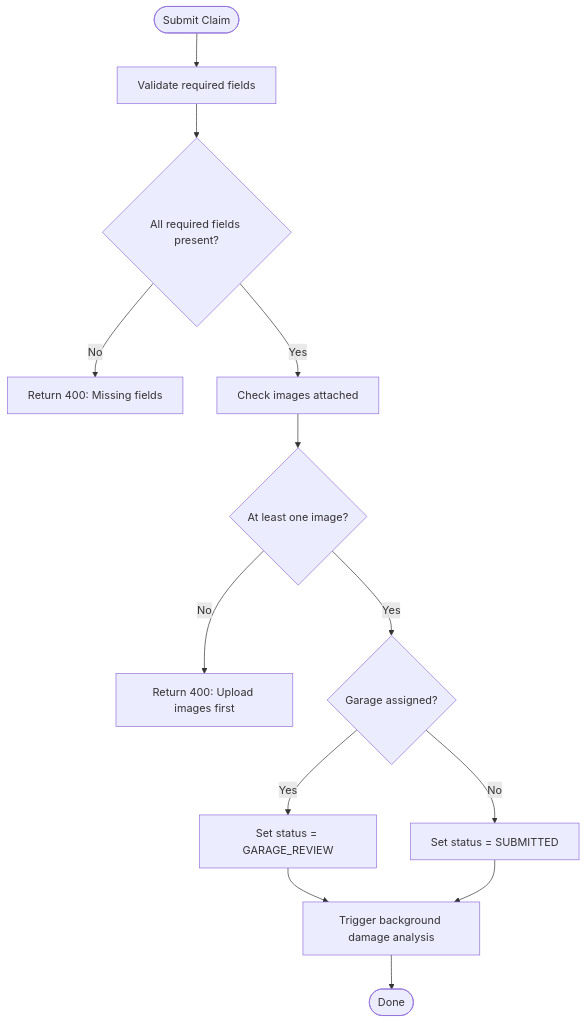
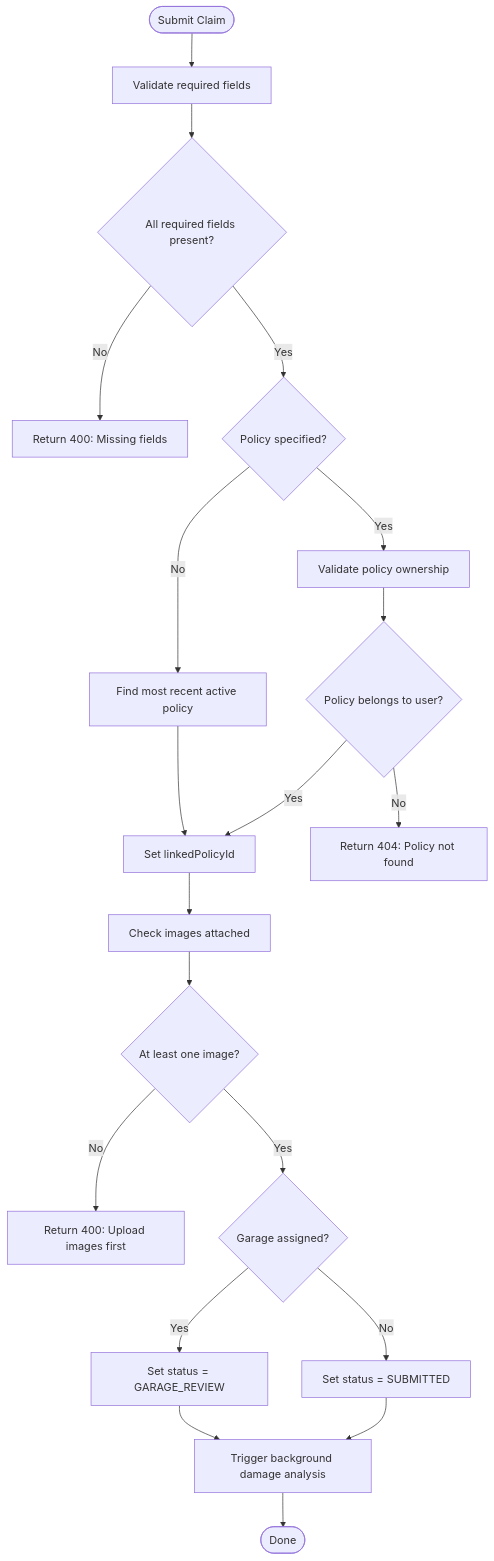
One commit to NaveenHiranya/Smart-Vehicle-Insurance-Claim-System changed the third of 13 diagrams in .qoder/repowiki/en/content/Business Logic Layer/Claims Processing Workflow.md. Above: the diagram before and after it, drawn with Mermaid. The commit also changed other lines of this file and 38 other files, not shown here.

````diff
--- a/.qoder/repowiki/en/content/Business Logic Layer/Claims Processing Workflow.md
+++ b/.qoder/repowiki/en/content/Business Logic Layer/Claims Processing Workflow.md
@@ -186,15 +197,22 @@
 ```mermaid
 flowchart TD
 Start(["Submit Claim"]) --> Validate["Validate required fields"]
 Validate --> Valid{"All required fields present?"}
 Valid --> |No| ErrFields["Return 400: Missing fields"]
-Valid --> |Yes| CheckImages["Check images attached"]
+Valid --> |Yes| CheckPolicy{"Policy specified?"}
+CheckPolicy --> |No| AutoLink["Find most recent active policy"]
+CheckPolicy --> |Yes| ValidatePolicy["Validate policy ownership"]
+AutoLink --> SetPolicy["Set linkedPolicyId"]
+ValidatePolicy --> HasPolicy{"Policy belongs to user?"}
+HasPolicy --> |No| ErrPolicy["Return 404: Policy not found"]
+HasPolicy --> |Yes| SetPolicy
+SetPolicy --> CheckImages["Check images attached"]
 CheckImages --> HasImages{"At least one image?"}
 HasImages --> |No| ErrImages["Return 400: Upload images first"]
 HasImages --> |Yes| CheckGarage{"Garage assigned?"}
 CheckGarage --> |Yes| SetGarageReview["Set status = GARAGE_REVIEW"]
 CheckGarage --> |No| SetSubmitted["Set status = SUBMITTED"]
 SetGarageReview --> TriggerAI["Trigger background damage analysis"]
 SetSubmitted --> TriggerAI
 TriggerAI --> End(["Done"])
 ```
````
